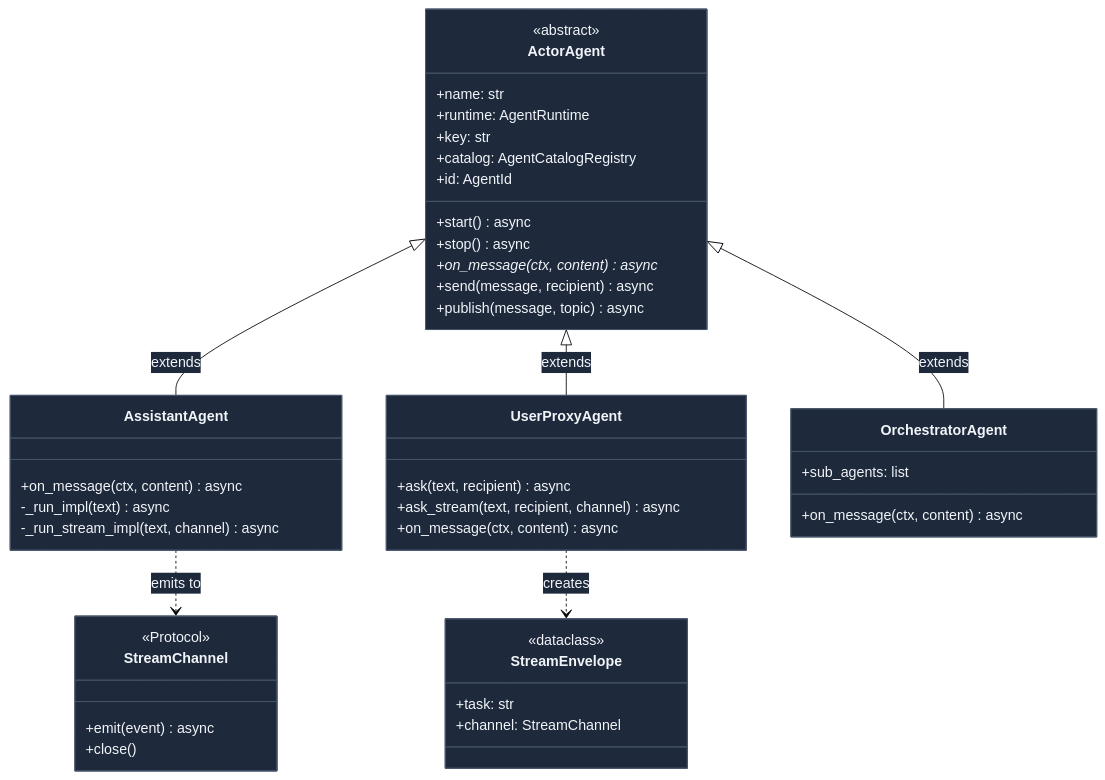
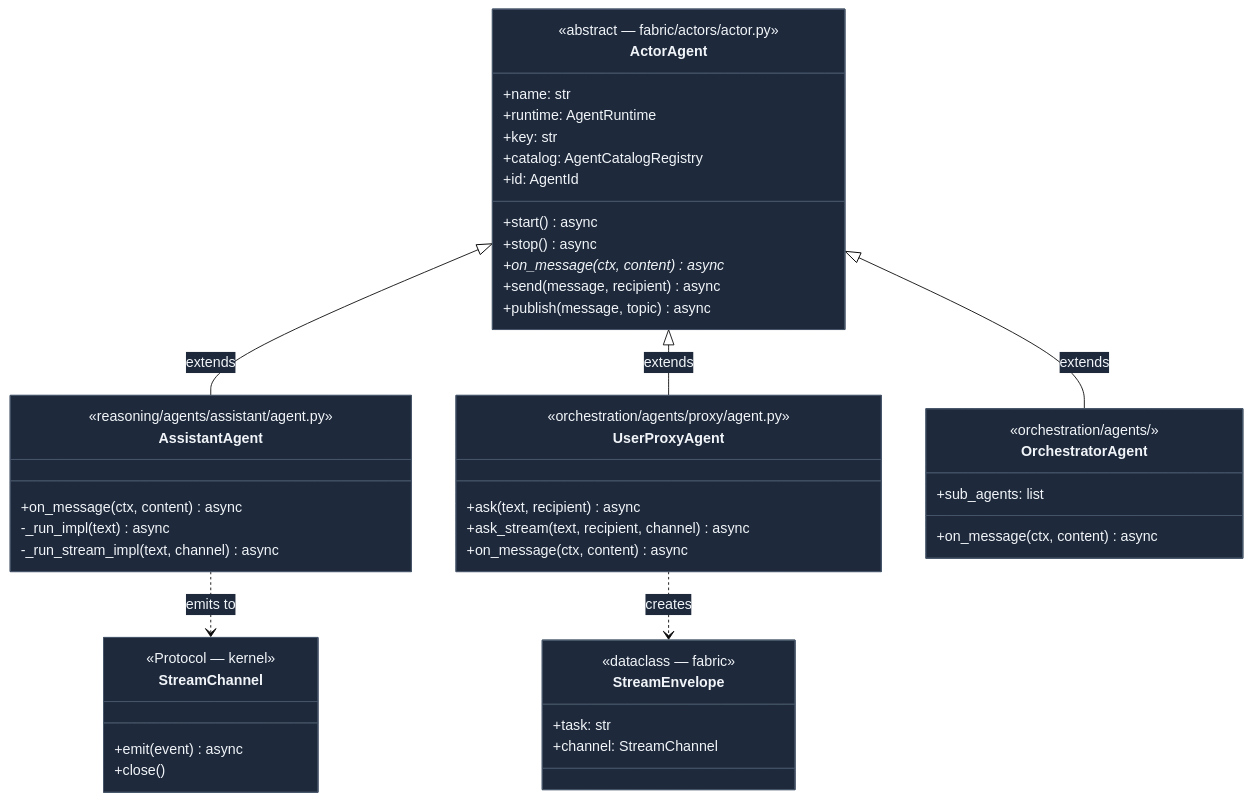
Before and after one commit to Ravikumarchavva/agent-substrate: the third of 18 diagrams in agents/agent-substrate/docs/framework/kernel.md, drawn with Mermaid. The commit also changed other lines of this file and 195 other files, not shown here.

Commit message:
refactor: reorganize kernel and fabric modules with new scheduling, observability, and resilience abstractions

````diff
--- a/agents/agent-substrate/docs/framework/kernel.md
+++ b/agents/agent-substrate/docs/framework/kernel.md
@@ -155,54 +153,57 @@
 ```mermaid
 %%{init: {"theme": "base", "themeVariables": {"primaryColor": "#1e293b", "primaryTextColor": "#f1f5f9", "primaryBorderColor": "#475569", "edgeLabelBackground": "#1e293b"}}}%%
 classDiagram
     direction TB
 
     class ActorAgent {
-        <<abstract>>
+        <<abstract — fabric/actors/actor.py>>
         +name: str
         +runtime: AgentRuntime
         +key: str
         +catalog: AgentCatalogRegistry
         +id: AgentId
         +start() async
         +stop() async
         +on_message(ctx, content)* async
         +send(message, recipient) async
         +publish(message, topic) async
     }
 
     class StreamChannel {
-        <<Protocol>>
+        <<Protocol — kernel>>
         +emit(event) async
         +close()
     }
 
     class StreamEnvelope {
-        <<dataclass>>
+        <<dataclass — fabric>>
         +task: str
         +channel: StreamChannel
     }
 
     class AssistantAgent {
+        <<reasoning/agents/assistant/agent.py>>
         +on_message(ctx, content) async
         -_run_impl(text) async
         -_run_stream_impl(text, channel) async
     }
 
     class UserProxyAgent {
+        <<orchestration/agents/proxy/agent.py>>
         +ask(text, recipient) async
         +ask_stream(text, recipient, channel) async
         +on_message(ctx, content) async
     }
 
     class OrchestratorAgent {
+        <<orchestration/agents/>>
         +sub_agents: list
         +on_message(ctx, content) async
     }
 
     ActorAgent <|-- AssistantAgent : extends
     ActorAgent <|-- UserProxyAgent : extends
     ActorAgent <|-- OrchestratorAgent : extends
     AssistantAgent ..> StreamChannel : emits to
     UserProxyAgent ..> StreamEnvelope : creates
 ```
````
